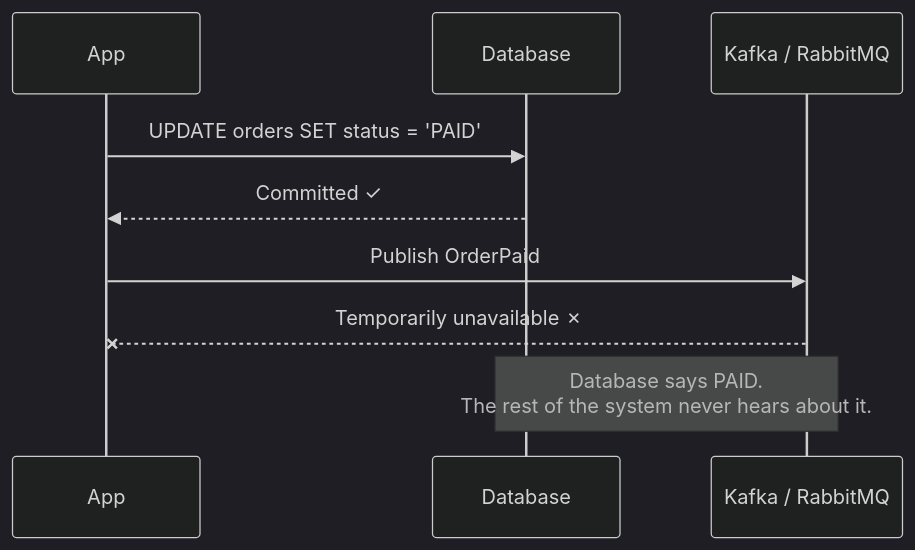
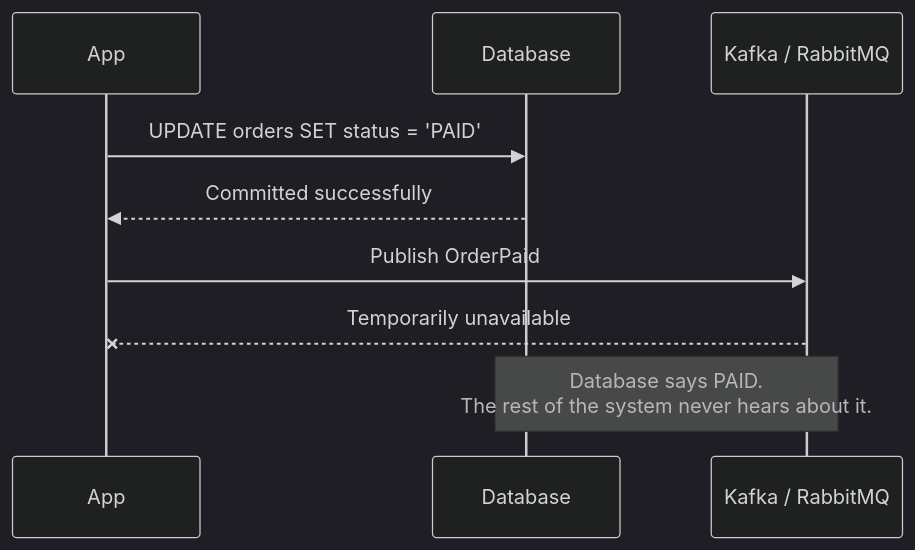
The sixth of 20 diagrams in _posts/2026-09-14-10-event-driven-architecture-questions.md (yoosuf/yoosuf.github.io), drawn with Mermaid (dark theme) before and after one commit. The commit also changed other lines of this file, not shown here.

Commit message:
Rewrite event-driven post: convert text flows to diagrams and bulleted lists

````diff
--- a/_posts/2026-09-14-10-event-driven-architecture-questions.md
+++ b/_posts/2026-09-14-10-event-driven-architecture-questions.md
@@ -97,12 +145,12 @@
 ```mermaid
 sequenceDiagram
     participant App
     participant DB as Database
     participant Broker as Kafka / RabbitMQ
 
     App->>DB: UPDATE orders SET status = 'PAID'
-    DB-->>App: Committed ✓
+    DB-->>App: Committed successfully
     App->>Broker: Publish OrderPaid
-    Broker--xApp: Temporarily unavailable ✗
+    Broker--xApp: Temporarily unavailable
     Note over DB,Broker: Database says PAID.<br/>The rest of the system never hears about it.
 ```
````
